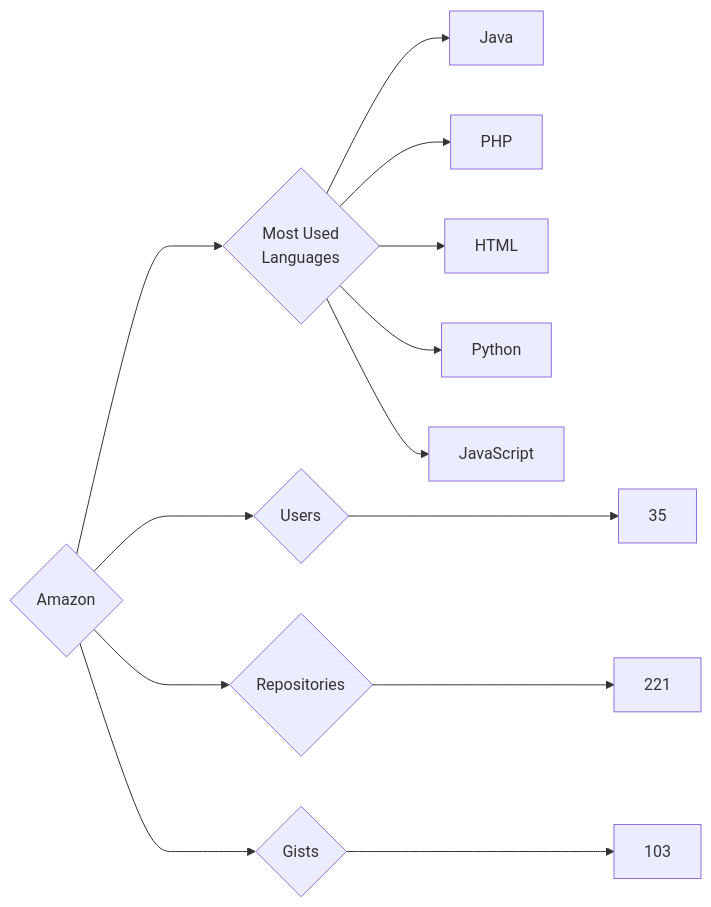
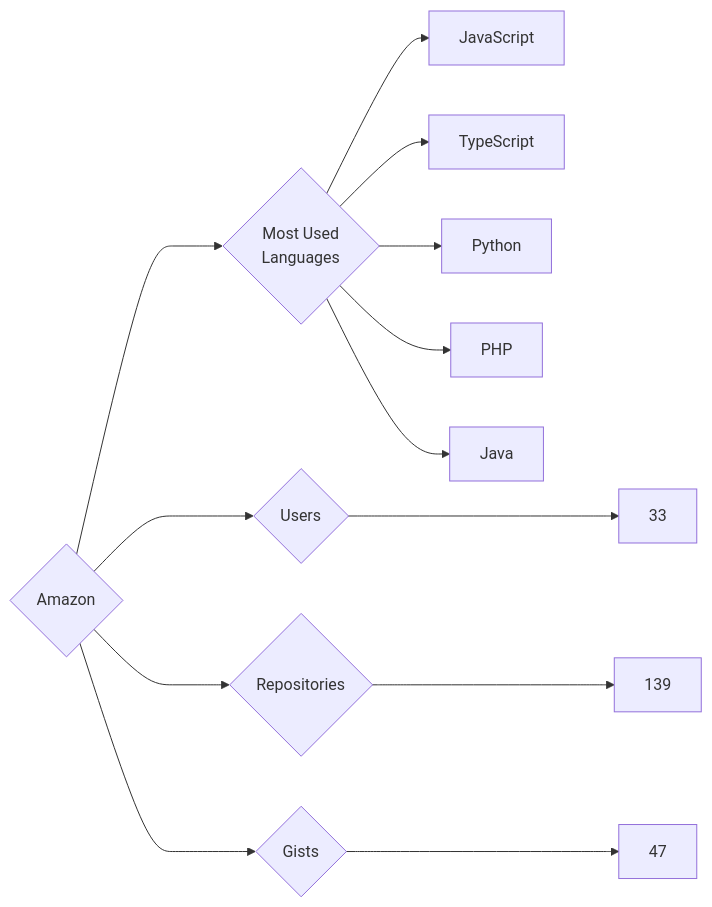
The diagram in targets/Amazon/README.md (trickest/insiders), drawn with Mermaid before and after one commit. The commit also changed 681 other files, not shown here.

````diff
--- a/targets/Amazon/README.md
+++ b/targets/Amazon/README.md
@@ -3,13 +3,13 @@
 ```mermaid
 graph LR
 COMPANY_NAME{Amazon}
-COMPANY_NAME ---> U{Users} ---> UN[35]
-COMPANY_NAME ---> R{Repositories} ---> RN[221]
-COMPANY_NAME ---> G{Gists} ---> GN[103]
+COMPANY_NAME ---> U{Users} ---> UN[33]
+COMPANY_NAME ---> R{Repositories} ---> RN[139]
+COMPANY_NAME ---> G{Gists} ---> GN[47]
 COMPANY_NAME ---> ML{Most Used<br>Languages}
+ML --> JavaScript[JavaScript]
+ML --> TypeScript[TypeScript]
+ML --> Python[Python]
+ML --> PHP[PHP]
 ML --> Java[Java]
-ML --> PHP[PHP]
-ML --> HTML[HTML]
-ML --> Python[Python]
-ML --> JavaScript[JavaScript]
 ```
````
